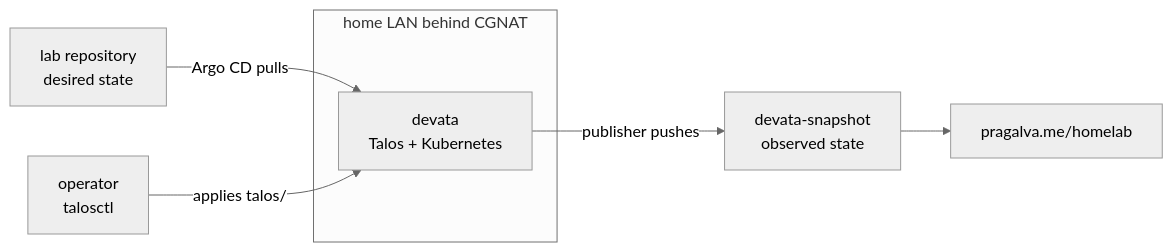
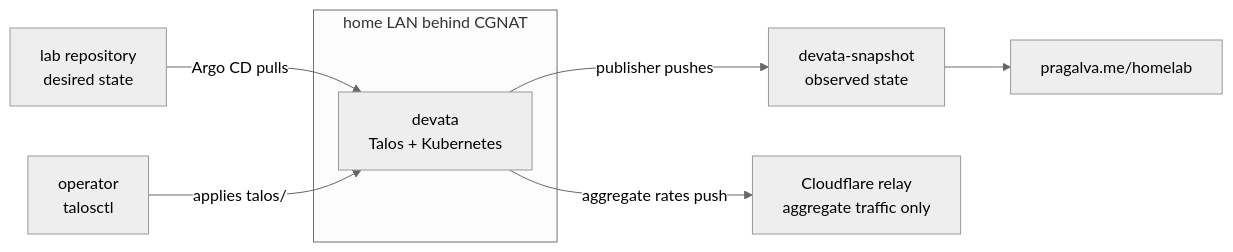
The diagram in README.md (PragalvaXFREZ/lab), drawn with Mermaid (neutral theme) before and after one commit. The commit also changed other lines of this file and 26 other files, not shown here.

Commit message:
feat(showcase): stream aggregate Hubble traffic

````diff
--- a/README.md
+++ b/README.md
@@ -23,14 +23,16 @@
 ```mermaid
 flowchart LR
     operator["operator<br/>talosctl"]
     lab["lab repository<br/>desired state"]
     subgraph lan["home LAN behind CGNAT"]
         devata["devata<br/>Talos + Kubernetes"]
     end
     snap["devata-snapshot<br/>observed state"]
+    relay["Cloudflare relay<br/>aggregate traffic only"]
     hub["pragalva.me/homelab"]
     lab -->|"Argo CD pulls"| devata
     operator -->|"applies talos/"| devata
     devata -->|"publisher pushes"| snap
+    devata -->|"aggregate rates push"| relay
     snap --> hub
 ```
````
